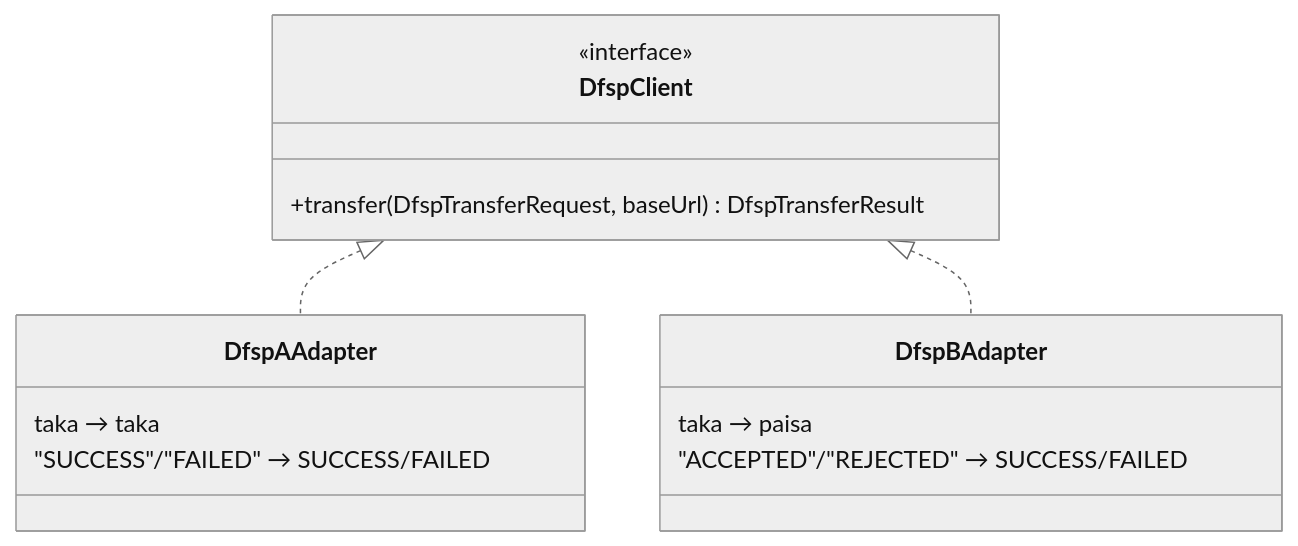
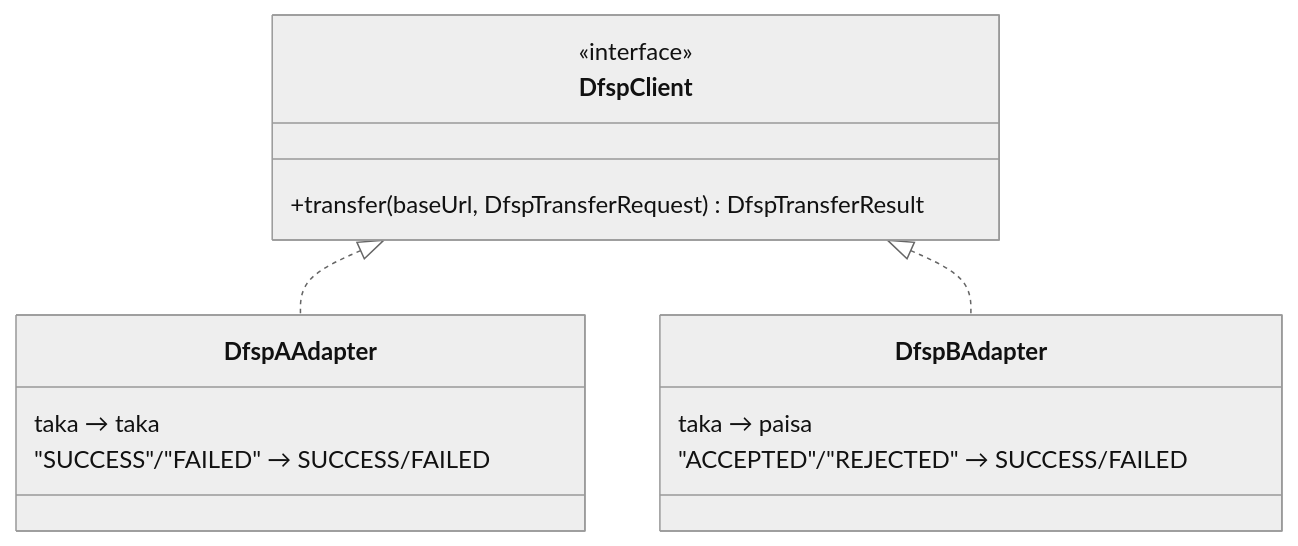
One commit to ProvaPaul/Mini-Payment-Router-Simulator changed the second of 5 diagrams in docs/ARCHITECTURE.md. Above: the diagram before and after it, drawn with Mermaid (neutral theme). The commit also changed 9 other files, not shown here.

````diff
--- a/docs/ARCHITECTURE.md
+++ b/docs/ARCHITECTURE.md
@@ -200,17 +200,17 @@
 ```mermaid
 classDiagram
     class DfspClient {
         <<interface>>
-        +transfer(DfspTransferRequest, baseUrl) DfspTransferResult
+        +transfer(baseUrl, DfspTransferRequest) DfspTransferResult
     }
     class DfspAAdapter {
         taka → taka
         "SUCCESS"/"FAILED" → SUCCESS/FAILED
     }
     class DfspBAdapter {
         taka → paisa
         "ACCEPTED"/"REJECTED" → SUCCESS/FAILED
     }
     DfspClient <|.. DfspAAdapter
     DfspClient <|.. DfspBAdapter
 ```
````
